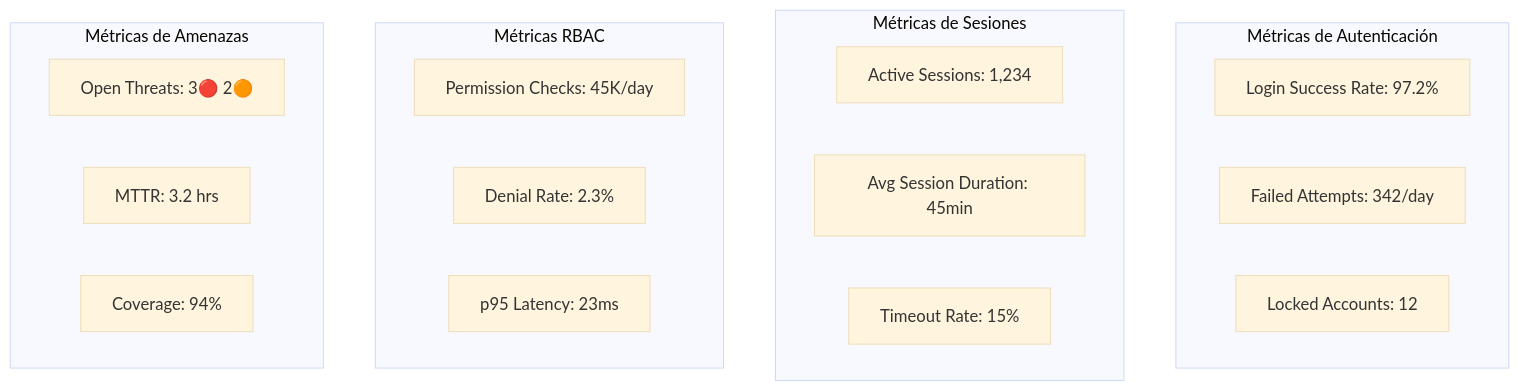
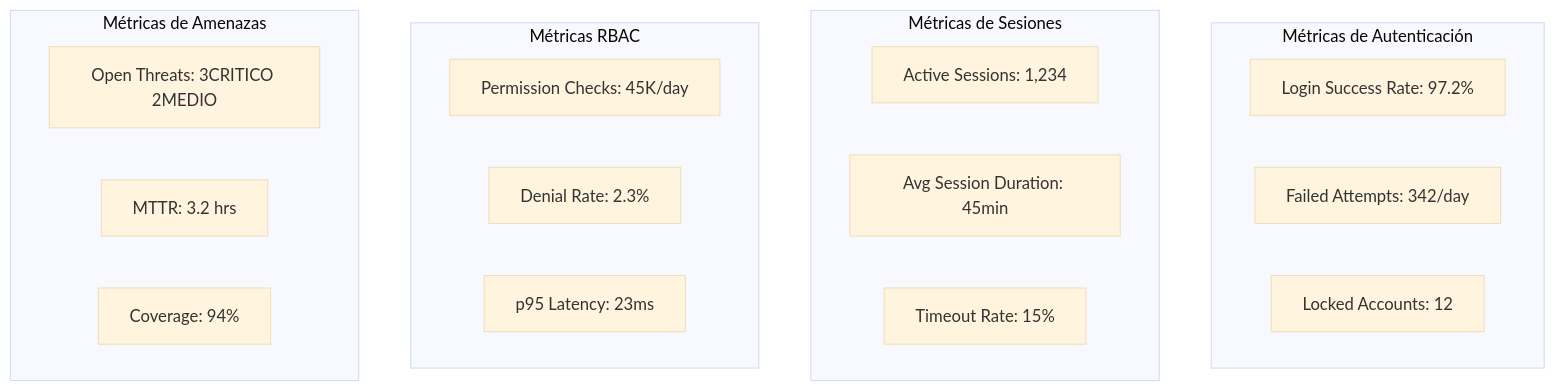
The ninth of 10 diagrams in docs/implementacion/backend/seguridad/ANALISIS_SEGURIDAD_AMENAZAS.md (jcg-admin/IACT), drawn with Mermaid (base theme) before and after one commit. The commit also changed other lines of this file and 59 other files, not shown here.

````diff
--- a/docs/implementacion/backend/seguridad/ANALISIS_SEGURIDAD_AMENAZAS.md
+++ b/docs/implementacion/backend/seguridad/ANALISIS_SEGURIDAD_AMENAZAS.md
@@ -609,26 +609,26 @@
 ```mermaid
 graph TB
     subgraph "Métricas de Autenticación"
         M1[Login Success Rate: 97.2%]
         M2[Failed Attempts: 342/day]
         M3[Locked Accounts: 12]
     end
 
     subgraph "Métricas de Sesiones"
         S1[Active Sessions: 1,234]
         S2[Avg Session Duration: 45min]
         S3[Timeout Rate: 15%]
     end
 
     subgraph "Métricas RBAC"
         R1[Permission Checks: 45K/day]
         R2[Denial Rate: 2.3%]
         R3[p95 Latency: 23ms]
     end
 
     subgraph "Métricas de Amenazas"
-        T1[Open Threats: 3🔴 2🟠]
+        T1[Open Threats: 3CRITICO 2MEDIO]
         T2[MTTR: 3.2 hrs]
         T3[Coverage: 94%]
     end
 ```
````
